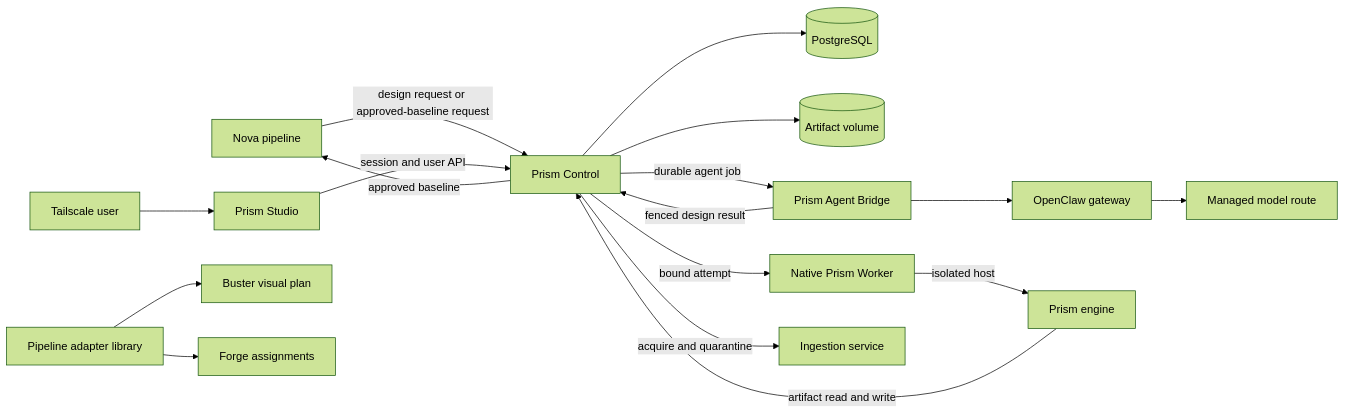
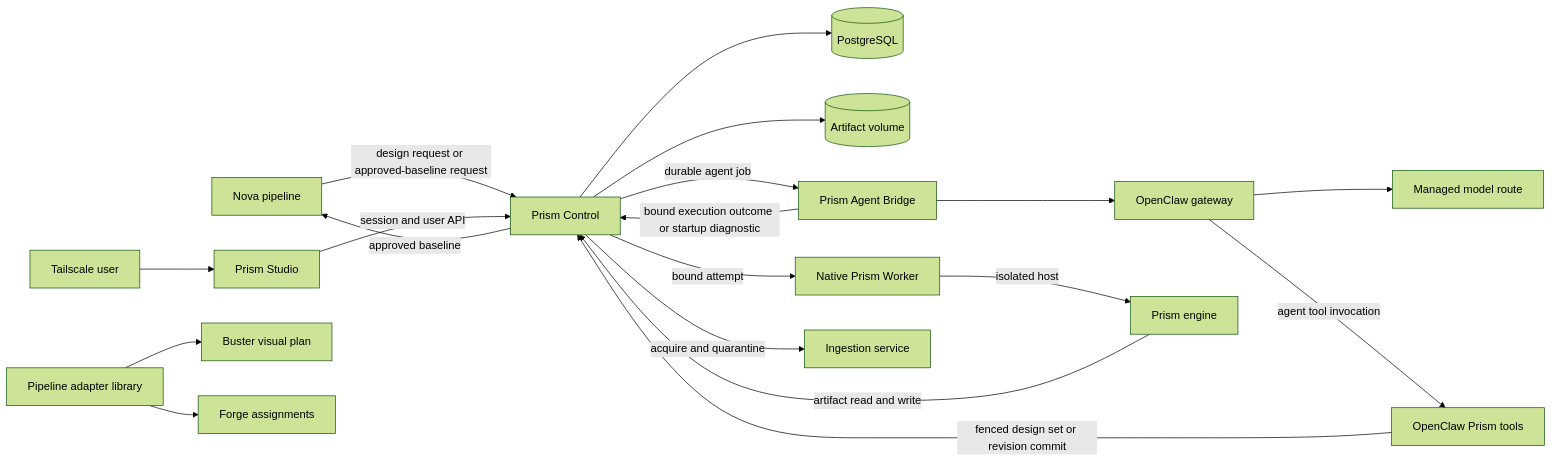
The first of 2 diagrams in docs/site/understand/prism-runtime.md (datrab/kubeclaw), drawn with Mermaid (forest theme) before and after one commit. The commit also changed other lines of this file and 6 other files, not shown here.

Commit message:
docs: correct Prism result handoffs and conditional Worker ownership transitions

````diff
--- a/docs/site/understand/prism-runtime.md
+++ b/docs/site/understand/prism-runtime.md
@@ -39,19 +39,21 @@
 ```mermaid
 flowchart LR
     Nova[Nova pipeline] -->|design request or approved-baseline request| Control[Prism Control]
     User[Tailscale user] --> Studio[Prism Studio]
     Studio -->|session and user API| Control
     Control --> DB[(PostgreSQL)]
     Control --> Files[(Artifact volume)]
     Control -->|durable agent job| Agent[Prism Agent Bridge]
     Agent --> Gateway[OpenClaw gateway]
     Gateway --> Model[Managed model route]
-    Agent -->|fenced design result| Control
+    Agent -->|bound execution outcome or startup diagnostic| Control
+    Gateway -->|agent tool invocation| Tools[OpenClaw Prism tools]
+    Tools -->|fenced design set or revision commit| Control
     Control -->|bound attempt| Worker[Native Prism Worker]
     Worker -->|isolated host| Engine[Prism engine]
     Engine -->|artifact read and write| Control
     Control -->|acquire and quarantine| Ingestion[Ingestion service]
     Adapter[Pipeline adapter library] --> Buster[Buster visual plan]
     Adapter --> Forge[Forge assignments]
     Control -->|approved baseline| Nova
 ```
````
